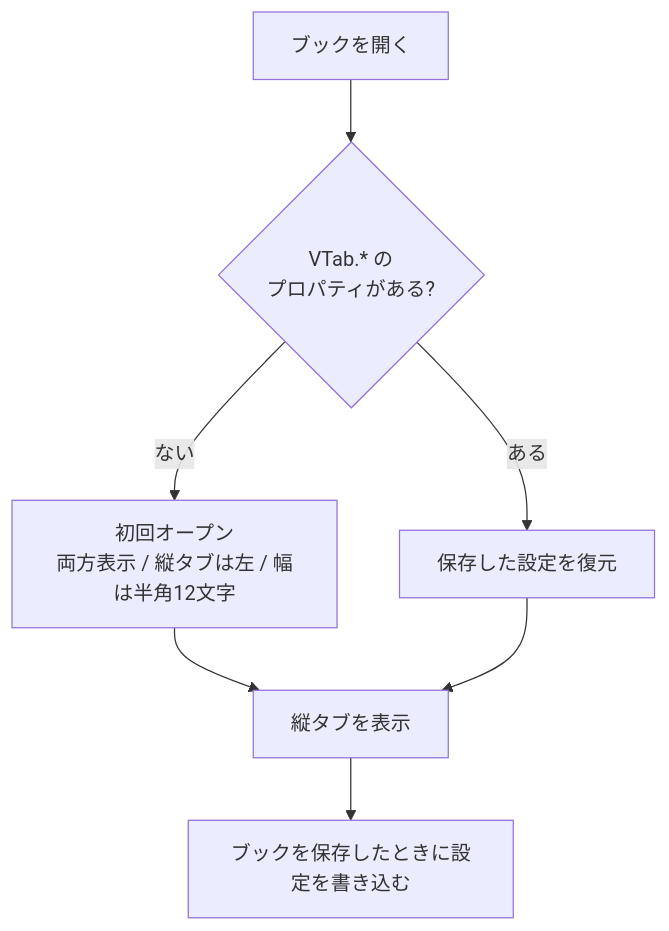
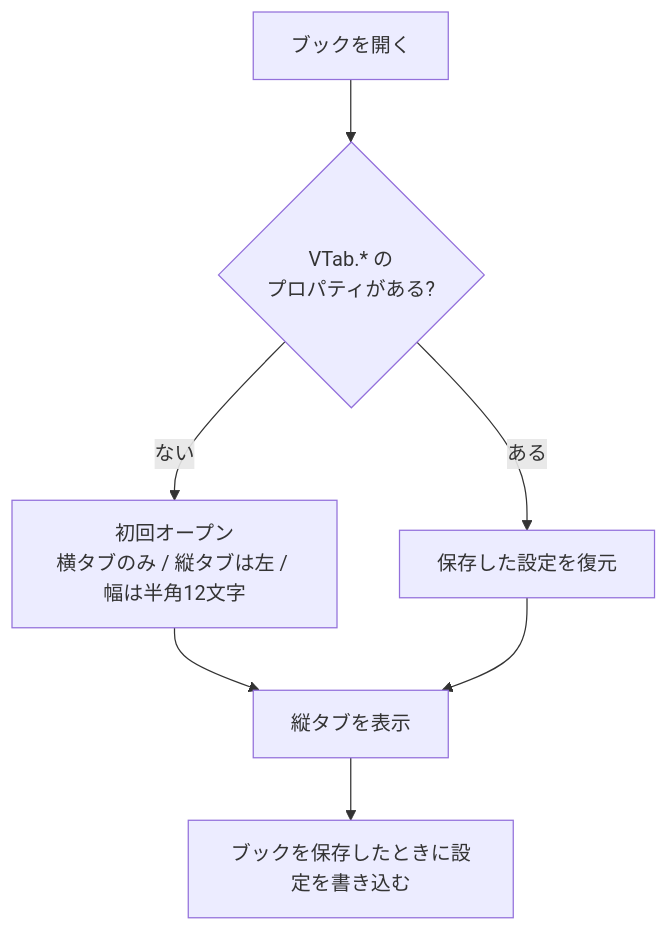
Before and after one commit to nk-taka623/VerticalSheetTabs: the fourth of 4 diagrams in README.md, drawn with Mermaid. The commit also changed other lines of this file and 2 other files, not shown here.

````diff
--- a/README.md
+++ b/README.md
@@ -301,9 +302,9 @@
 ```mermaid
 flowchart TD
     A[ブックを開く] --> B{VTab.* の<br/>プロパティがある?}
-    B -- ない --> C[初回オープン<br/>両方表示 / 縦タブは左 / 幅は半角12文字]
+    B -- ない --> C[初回オープン<br/>横タブのみ / 縦タブは左 / 幅は半角12文字]
     B -- ある --> D[保存した設定を復元]
     C --> E[縦タブを表示]
     D --> E
     E --> F[ブックを保存したときに設定を書き込む]
 ```
````
